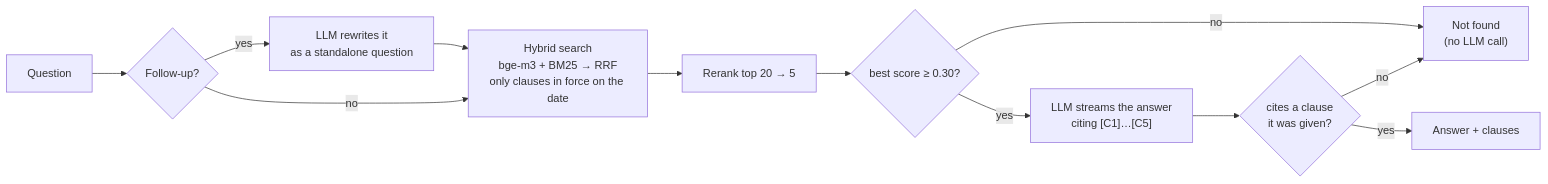
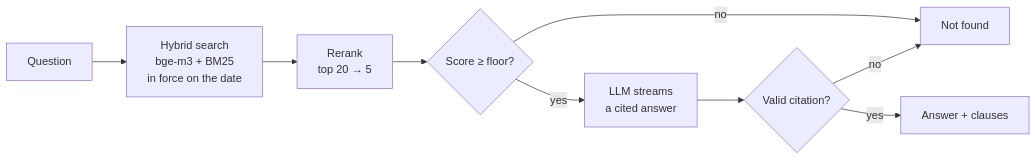
Before and after one commit to HoangThanhMan/grounded-rag: the second of 2 diagrams in README.md, drawn with Mermaid. The commit also changed other lines of this file, not shown here.

````diff
--- a/README.md
+++ b/README.md
@@ -53,13 +82,11 @@
 ```mermaid
 flowchart LR
-    Q[Question] --> F{Follow-up?}
-    F -- yes --> C["LLM rewrites it<br/>as a standalone question"] --> R
-    F -- no --> R["Hybrid search<br/>bge-m3 + BM25 → RRF<br/>only clauses in force on the date"]
-    R --> K[Rerank top 20 → 5]
-    K --> T{"best score ≥ 0.30?"}
-    T -- no --> X["Not found<br/>(no LLM call)"]
-    T -- yes --> G["LLM streams the answer<br/>citing [C1]…[C5]"]
-    G --> V{"cites a clause<br/>it was given?"}
+    Q[Question] --> R["Hybrid search<br/>bge-m3 + BM25<br/>in force on the date"]
+    R --> K["Rerank<br/>top 20 → 5"]
+    K --> T{"Score ≥ floor?"}
+    T -- no --> X["Not found"]
+    T -- yes --> G["LLM streams<br/>a cited answer"]
+    G --> V{"Valid citation?"}
+    V -- yes --> A["Answer + clauses"]
     V -- no --> X
-    V -- yes --> A["Answer + clauses"]
 ```
````
